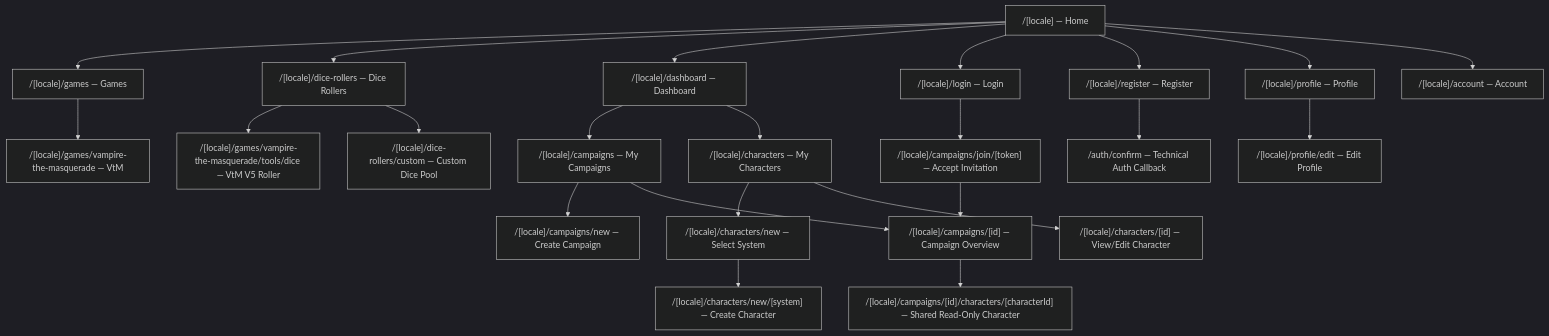
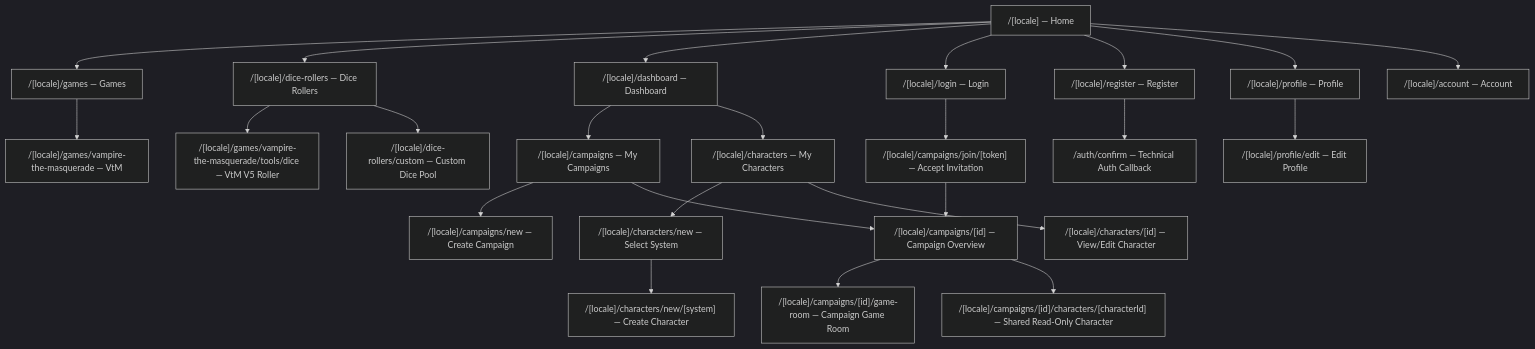
One commit to Andrey-0101/ttrpg-website changed the first of 6 diagrams in docs/product/SITE_MAP.md. Above: the diagram before and after it, drawn with Mermaid (dark theme). The commit also changed other lines of this file and 33 other files, not shown here.

````diff
--- a/docs/product/SITE_MAP.md
+++ b/docs/product/SITE_MAP.md
@@ -15,35 +15,36 @@
 ```mermaid
 flowchart TD
     ROOT["/[locale] — Home"]
 
     ROOT --> GAMES["/[locale]/games — Games"]
     GAMES --> VTM["/[locale]/games/vampire-the-masquerade — VtM"]
     ROOT --> DICE_ROLLERS["/[locale]/dice-rollers — Dice Rollers"]
     DICE_ROLLERS --> PERSONAL_DICE["/[locale]/games/vampire-the-masquerade/tools/dice — VtM V5 Roller"]
     DICE_ROLLERS --> CUSTOM_DICE["/[locale]/dice-rollers/custom — Custom Dice Pool"]
 
     ROOT --> DASHBOARD["/[locale]/dashboard — Dashboard"]
     DASHBOARD --> CAMPAIGNS["/[locale]/campaigns — My Campaigns"]
     DASHBOARD --> CHARACTERS["/[locale]/characters — My Characters"]
 
     ROOT --> LOGIN["/[locale]/login — Login"]
     ROOT --> REGISTER["/[locale]/register — Register"]
     ROOT --> PROFILE["/[locale]/profile — Profile"]
     PROFILE --> PROFILE_EDIT["/[locale]/profile/edit — Edit Profile"]
     ROOT --> ACCOUNT["/[locale]/account — Account"]
 
     CHARACTERS --> CHARACTER_NEW["/[locale]/characters/new — Select System"]
     CHARACTER_NEW --> CHARACTER_NEW_SYSTEM["/[locale]/characters/new/[system] — Create Character"]
     CHARACTERS --> CHARACTER_DETAIL["/[locale]/characters/[id] — View/Edit Character"]
 
     CAMPAIGNS --> CAMPAIGN_NEW["/[locale]/campaigns/new — Create Campaign"]
     CAMPAIGNS --> CAMPAIGN_DETAIL["/[locale]/campaigns/[id] — Campaign Overview"]
+    CAMPAIGN_DETAIL --> GAME_ROOM["/[locale]/campaigns/[id]/game-room — Campaign Game Room"]
     CAMPAIGN_DETAIL --> SHARED_CHARACTER["/[locale]/campaigns/[id]/characters/[characterId] — Shared Read-Only Character"]
 
     INVITE["/[locale]/campaigns/join/[token] — Accept Invitation"]
     LOGIN --> INVITE
     INVITE --> CAMPAIGN_DETAIL
 
     CONFIRM["/auth/confirm — Technical Auth Callback"]
     REGISTER --> CONFIRM
 ```
````
